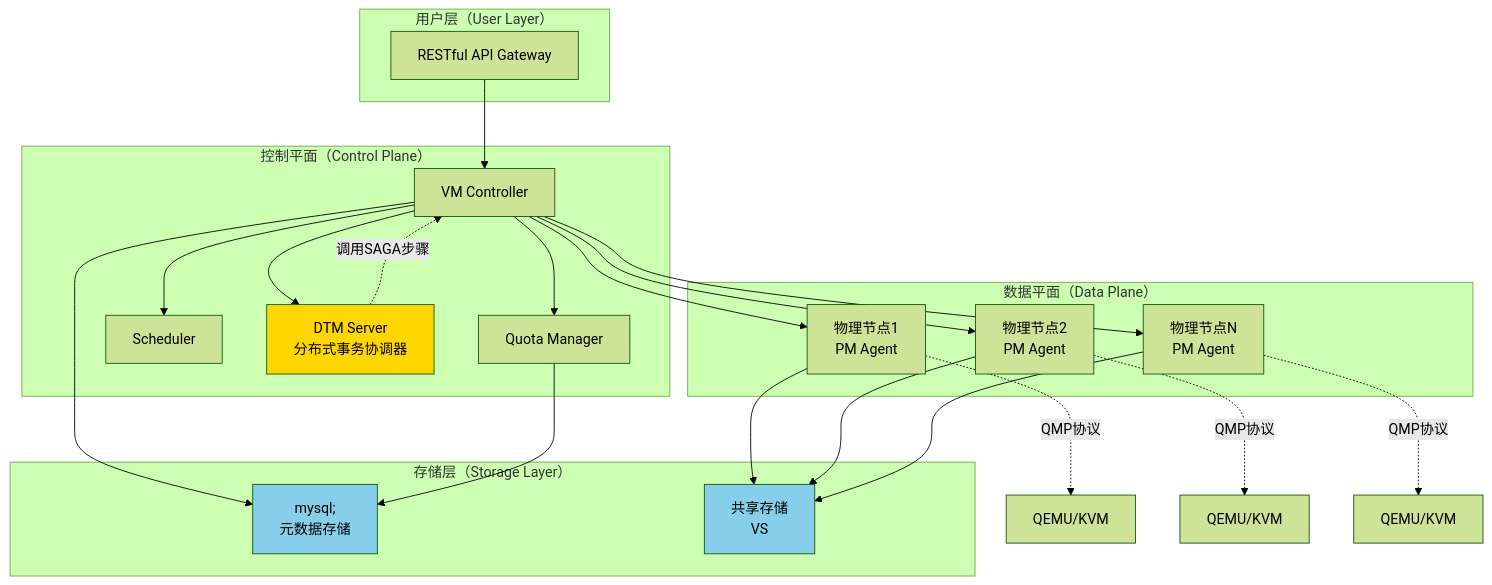
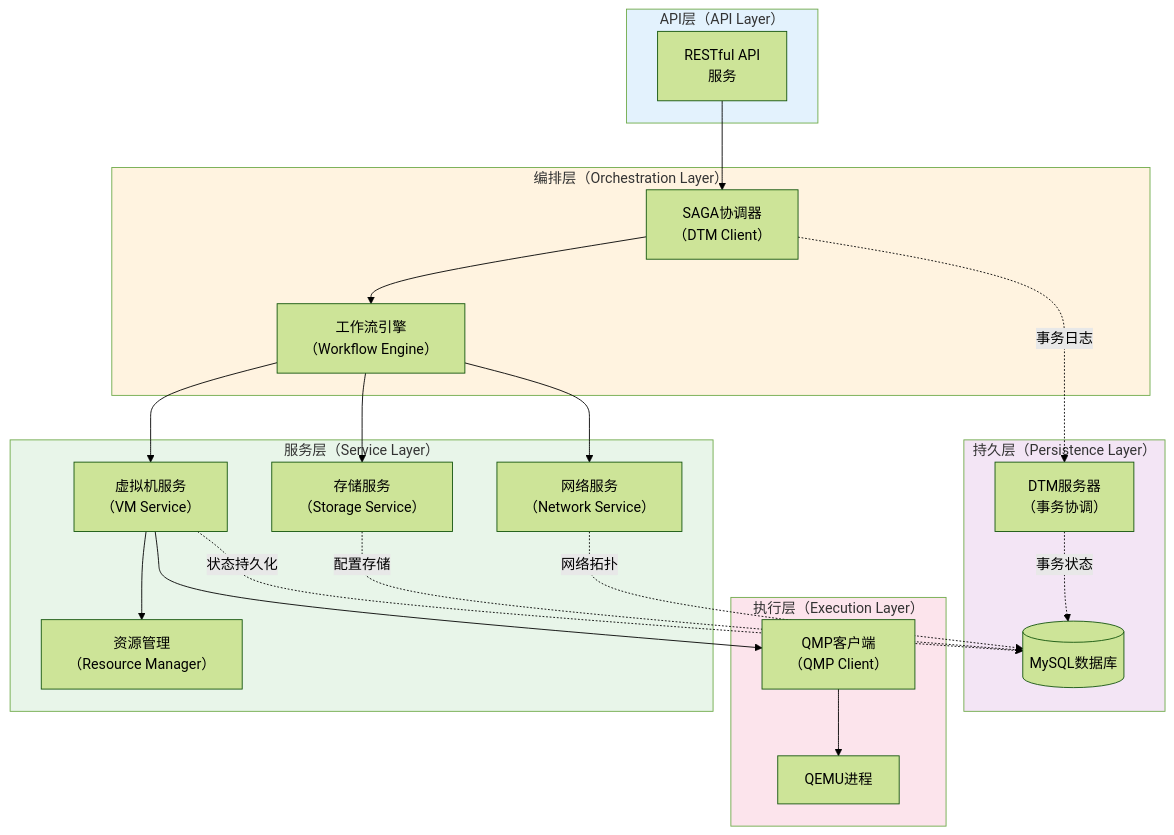
Before and after one commit to turtacn/go-proxmox: the third of 9 diagrams in docs/vm/vm-saga.md, drawn with Mermaid (forest theme). The commit also changed other lines of this file and 1 other file, not shown here.

````diff
--- a/docs/vm/vm-saga.md
+++ b/docs/vm/vm-saga.md
@@ -691,49 +222,49 @@
 ```mermaid
 graph TB
-    subgraph UL[用户层（User Layer）]
-        API[RESTful API Gateway]
+    subgraph API层[API层（API Layer）]
+        API[RESTful API<br/>服务]
     end
     
-    subgraph CP[控制平面（Control Plane）]
-        CTL[VM Controller]
-        QUOTA[Quota Manager]
-        SCHED[Scheduler]
-        DTM[DTM Server<br/>分布式事务协调器]
+    subgraph 编排层[编排层（Orchestration Layer）]
+        SAGA[SAGA协调器<br/>（DTM Client）]
+        WF[工作流引擎<br/>（Workflow Engine）]
     end
     
-    subgraph DP[数据平面（Data Plane）]
-        PM1[物理节点1<br/>PM Agent]
-        PM2[物理节点2<br/>PM Agent]
-        PM3[物理节点N<br/>PM Agent]
+    subgraph 服务层[服务层（Service Layer）]
+        VMS[虚拟机服务<br/>（VM Service）]
+        STORE[存储服务<br/>（Storage Service）]
+        NET[网络服务<br/>（Network Service）]
+        RES[资源管理<br/>（Resource Manager）]
     end
     
-    subgraph SL[存储层（Storage Layer）]
-        MYSQL[mysql;<br/>元数据存储]
-        SHARED[共享存储<br/>VS]
+    subgraph 执行层[执行层（Execution Layer）]
+        QMP[QMP客户端<br/>（QMP Client）]
+        QEMU[QEMU进程]
     end
     
-    API --> CTL
-    CTL --> QUOTA
-    CTL --> SCHED
-    CTL --> DTM
+    subgraph 持久层[持久层（Persistence Layer）]
+        MYSQL[(MySQL数据库)]
+        DTM[DTM服务器<br/>（事务协调）]
+    end
     
-    DTM -.调用SAGA步骤.-> CTL
-    CTL --> PM1
-    CTL --> PM2
-    CTL --> PM3
+    API --> SAGA
+    SAGA --> WF
+    WF --> VMS
+    WF --> STORE
+    WF --> NET
+    VMS --> RES
+    VMS --> QMP
+    QMP --> QEMU
     
-    CTL --> MYSQL
-    QUOTA --> MYSQL
+    SAGA -.事务日志.-> DTM
+    VMS -.状态持久化.-> MYSQL
+    STORE -.配置存储.-> MYSQL
+    NET -.网络拓扑.-> MYSQL
+    DTM -.事务状态.-> MYSQL
     
-    PM1 --> SHARED
-    PM2 --> SHARED
-    PM3 --> SHARED
-    
-    PM1 -.QMP协议.-> QEMU1[QEMU/KVM]
-    PM2 -.QMP协议.-> QEMU2[QEMU/KVM]
-    PM3 -.QMP协议.-> QEMU3[QEMU/KVM]
-    
-    style DTM fill:#FFD700
-    style MYSQL fill:#87CEEB
-    style SHARED fill:#87CEEB
+    style API层 fill:#E3F2FD
+    style 编排层 fill:#FFF3E0
+    style 服务层 fill:#E8F5E9
+    style 执行层 fill:#FCE4EC
+    style 持久层 fill:#F3E5F5
 ```
````
